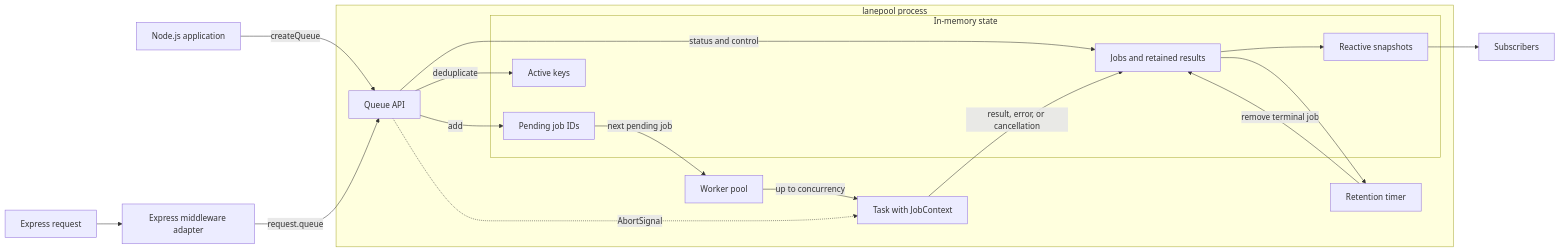
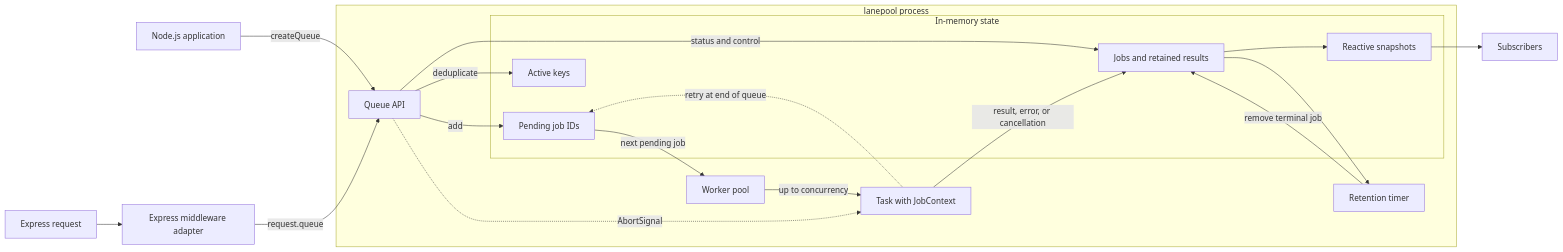
One commit to ElJijuna/lanepool changed the diagram in README.md. Above: the diagram before and after it, drawn with Mermaid. The commit also changed other lines of this file and 3 other files, not shown here.

Commit message:
feat: implement job retry mechanism with maxAttempts for queue processing

````diff
--- a/README.md
+++ b/README.md
@@ -81,35 +140,36 @@
 ```mermaid
 flowchart LR
   application[Node.js application]
   express[Express request]
   middleware[Express middleware adapter]
 
   subgraph lanepool[lanepool process]
     api[Queue API]
 
     subgraph memory[In-memory state]
       pending[Pending job IDs]
       jobs[Jobs and retained results]
       keys[Active keys]
       signal[Reactive snapshots]
     end
 
     workers[Worker pool]
     task[Task with JobContext]
     retention[Retention timer]
   end
 
   subscribers[Subscribers]
 
   application -->|createQueue| api
   express --> middleware -->|request.queue| api
   api -->|add| pending
   api -->|status and control| jobs
   api -->|deduplicate| keys
   pending -->|next pending job| workers
   workers -->|up to concurrency| task
   task -->|result, error, or cancellation| jobs
+  task -.->|retry at end of queue| pending
   api -.->|AbortSignal| task
   jobs --> signal --> subscribers
   jobs --> retention -->|remove terminal job| jobs
 ```
````
